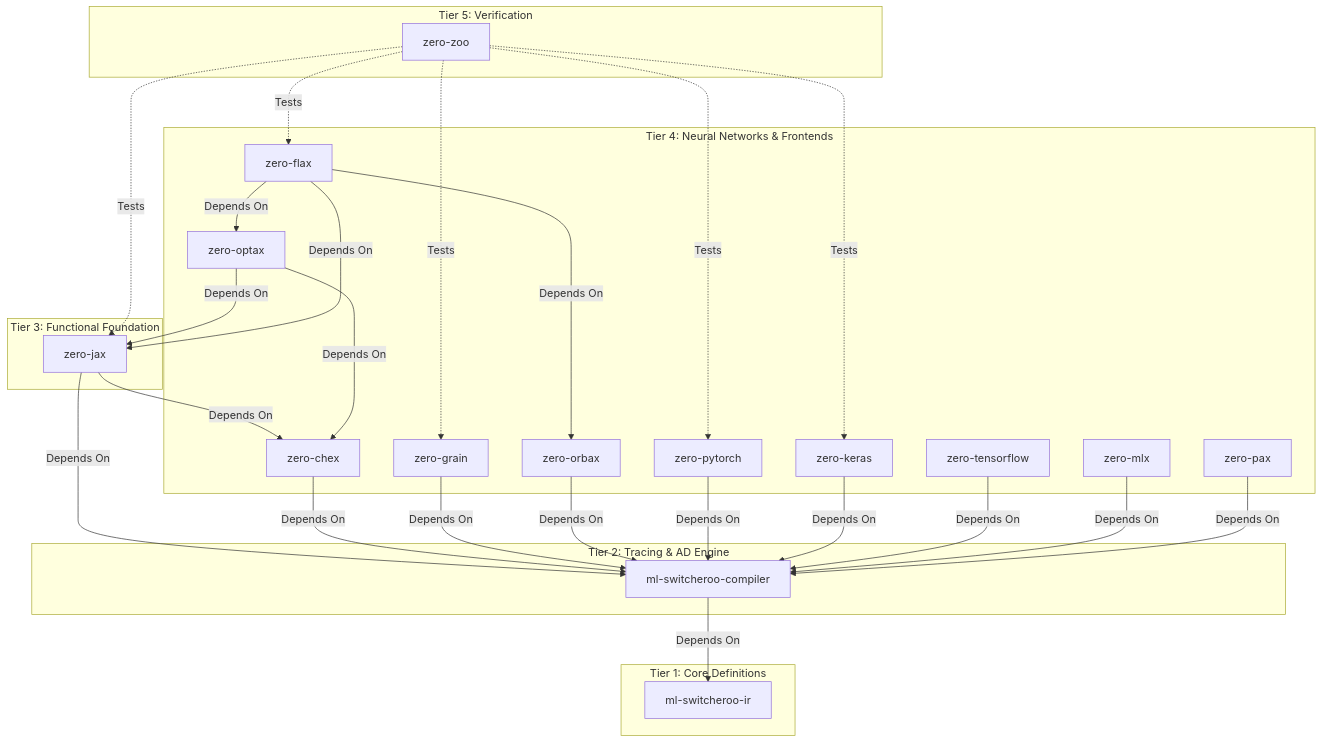
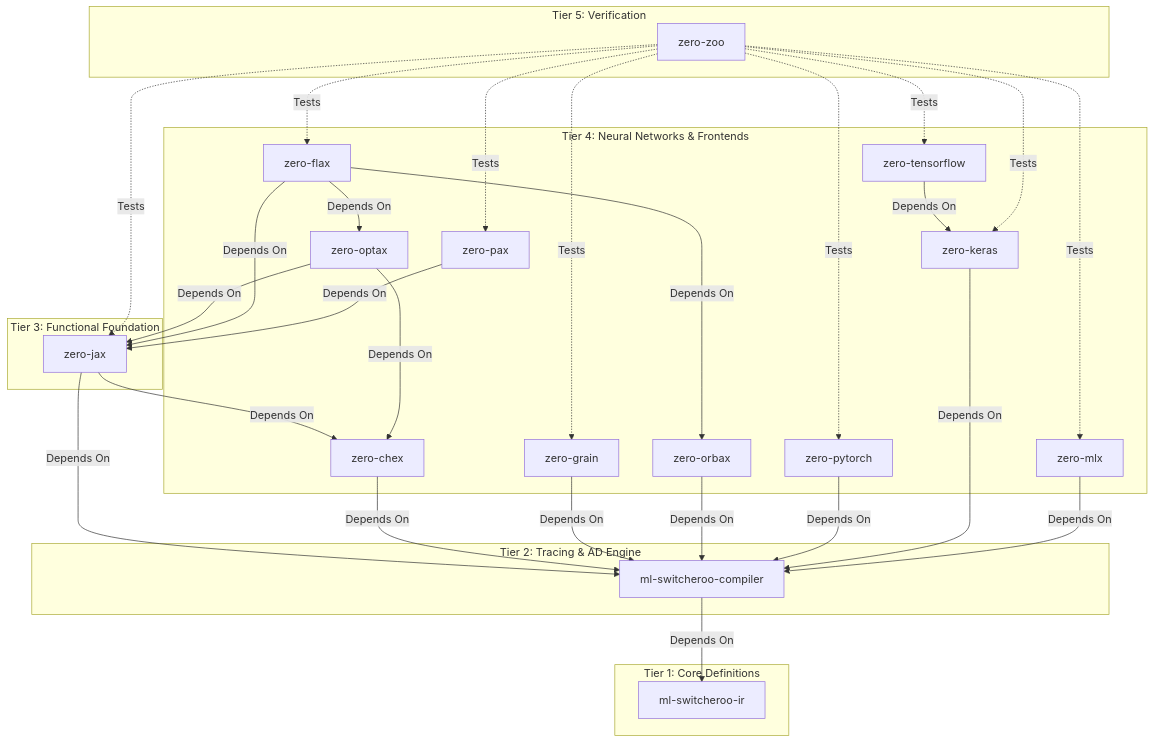
The first of 5 diagrams in ARCHITECTURE.md (SamuelMarks/ml-switcheroo-compiler), drawn with Mermaid before and after one commit. The commit also changed other lines of this file and 31 other files, not shown here.

````diff
--- a/ARCHITECTURE.md
+++ b/ARCHITECTURE.md
@@ -17,56 +17,59 @@
 ```mermaid
 graph TD
     subgraph Tier 1: Core Definitions
         IR[ml-switcheroo-ir]
     end
 
     subgraph Tier 2: Tracing & AD Engine
         COMP[ml-switcheroo-compiler]
     end
 
     subgraph Tier 3: Functional Foundation
         ZJ[zero-jax]
     end
 
     subgraph Tier 4: Neural Networks & Frontends
         ZF[zero-flax]
         ZP[zero-pytorch]
         ZK[zero-keras]
         ZT[zero-tensorflow]
         ZM[zero-mlx]
         ZPX[zero-pax]
         ZO[zero-optax]
         ZC[zero-chex]
         ZG[zero-grain]
         ZOB[zero-orbax]
     end
 
     subgraph Tier 5: Verification
         ZZ[zero-zoo]
     end
 
     COMP -->|Depends On| IR
 
     ZJ -->|Depends On| COMP
     ZO -->|Depends On| ZJ
     ZC -->|Depends On| COMP
     ZG -->|Depends On| COMP
     ZOB -->|Depends On| COMP
     ZJ -->|Depends On| ZC
     ZO -->|Depends On| ZC
 
     ZF -->|Depends On| ZJ
     ZF -->|Depends On| ZO
     ZF -->|Depends On| ZOB
-    ZZ -.->|Tests| ZG
     ZP -->|Depends On| COMP
     ZK -->|Depends On| COMP
-    ZT -->|Depends On| COMP
+    ZT -->|Depends On| ZK
     ZM -->|Depends On| COMP
-    ZPX -->|Depends On| COMP
+    ZPX -->|Depends On| ZJ
 
+    ZZ -.->|Tests| ZJ
     ZZ -.->|Tests| ZF
     ZZ -.->|Tests| ZP
     ZZ -.->|Tests| ZK
-    ZZ -.->|Tests| ZJ
+    ZZ -.->|Tests| ZT
+    ZZ -.->|Tests| ZM
+    ZZ -.->|Tests| ZPX
+    ZZ -.->|Tests| ZG
 ```
````
